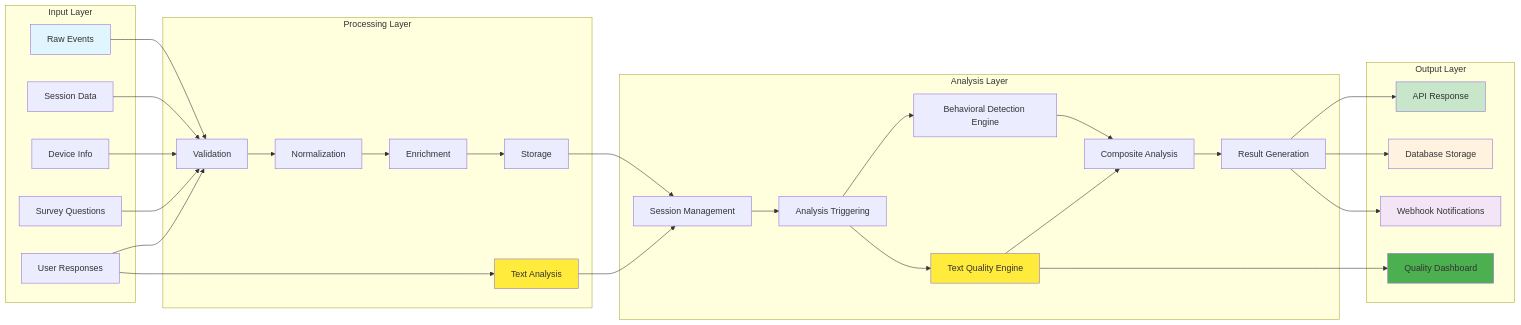
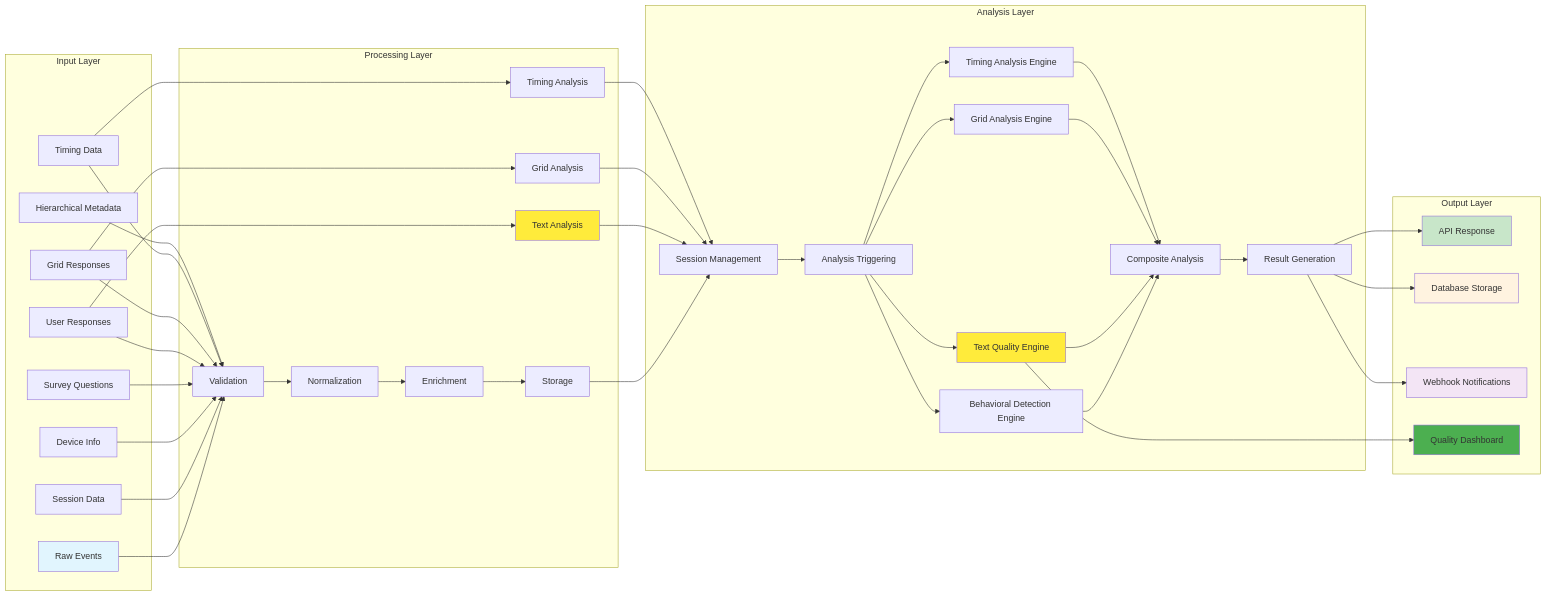
Before and after one commit to halderavik/bot_detection_live: the ninth of 13 diagrams in bot_detection_flow.md, drawn with Mermaid. The commit also changed other lines of this file and 1 other file, not shown here.

Commit message:
Update BOT_DETECTION_METHODOLOGY.md and bot_detection_flow.md with missing capture components: grid/matrix analysis, per-question timing, survey metadata, fraud detection data, and hierarchical structure

```diff
--- a/bot_detection_flow.md
+++ b/bot_detection_flow.md
@@ -573,6 +671,9 @@
         C[Device Info]
         D[Survey Questions]
         E[User Responses]
+        E1[Grid Responses]
+        E2[Timing Data]
+        E3[Hierarchical Metadata]
     end
     
     subgraph "Processing Layer"
@@ -581,6 +682,8 @@
         H[Enrichment]
         I[Storage]
         J[Text Analysis]
+        J1[Grid Analysis]
+        J2[Timing Analysis]
     end
     
     subgraph "Analysis Layer"
@@ -588,6 +691,8 @@
         L[Analysis Triggering]
         M[Behavioral Detection Engine]
         N[Text Quality Engine]
+        N1[Grid Analysis Engine]
+        N2[Timing Analysis Engine]
         O[Composite Analysis]
         P[Result Generation]
     end
@@ -604,19 +709,30 @@
     C --> F
     D --> F
     E --> F
+    E1 --> F
+    E2 --> F
+    E3 --> F
     
     F --> G
     G --> H
     H --> I
     E --> J
+    E1 --> J1
+    E2 --> J2
     
     I --> K
     J --> K
+    J1 --> K
+    J2 --> K
     K --> L
     L --> M
     L --> N
+    L --> N1
+    L --> N2
     M --> O
     N --> O
+    N1 --> O
+    N2 --> O
     O --> P
     
     P --> Q
```
